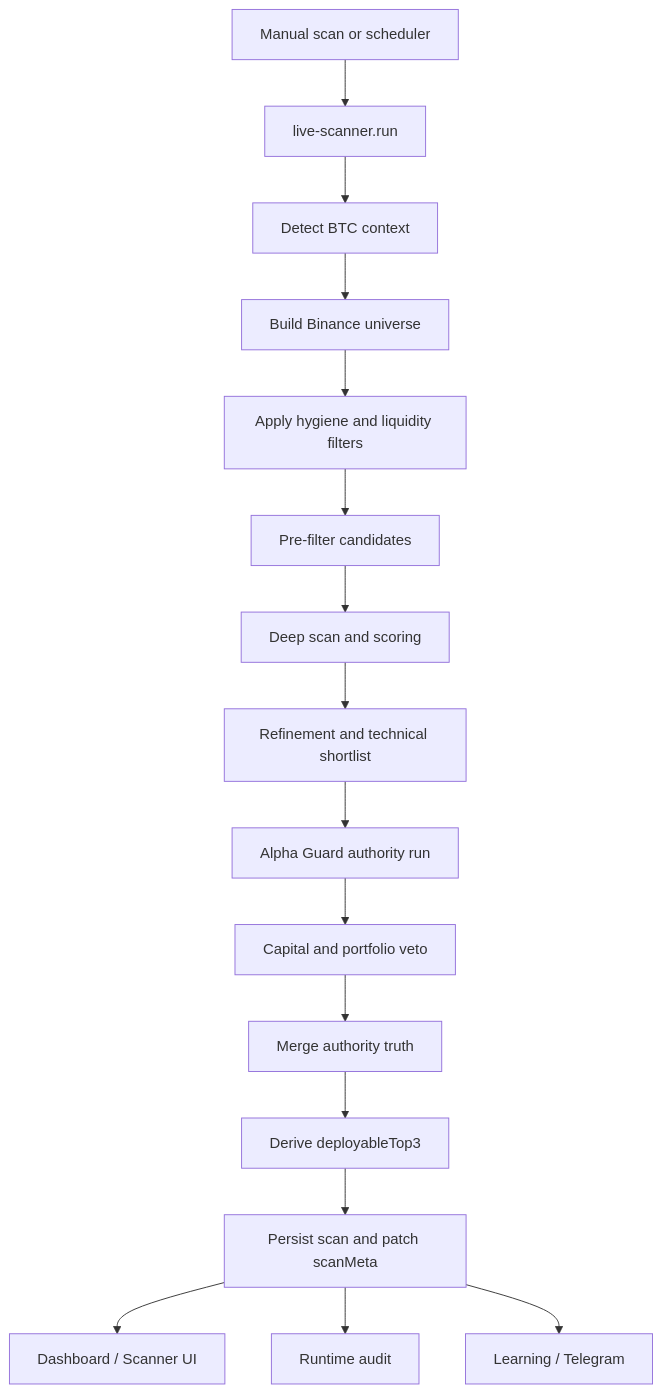
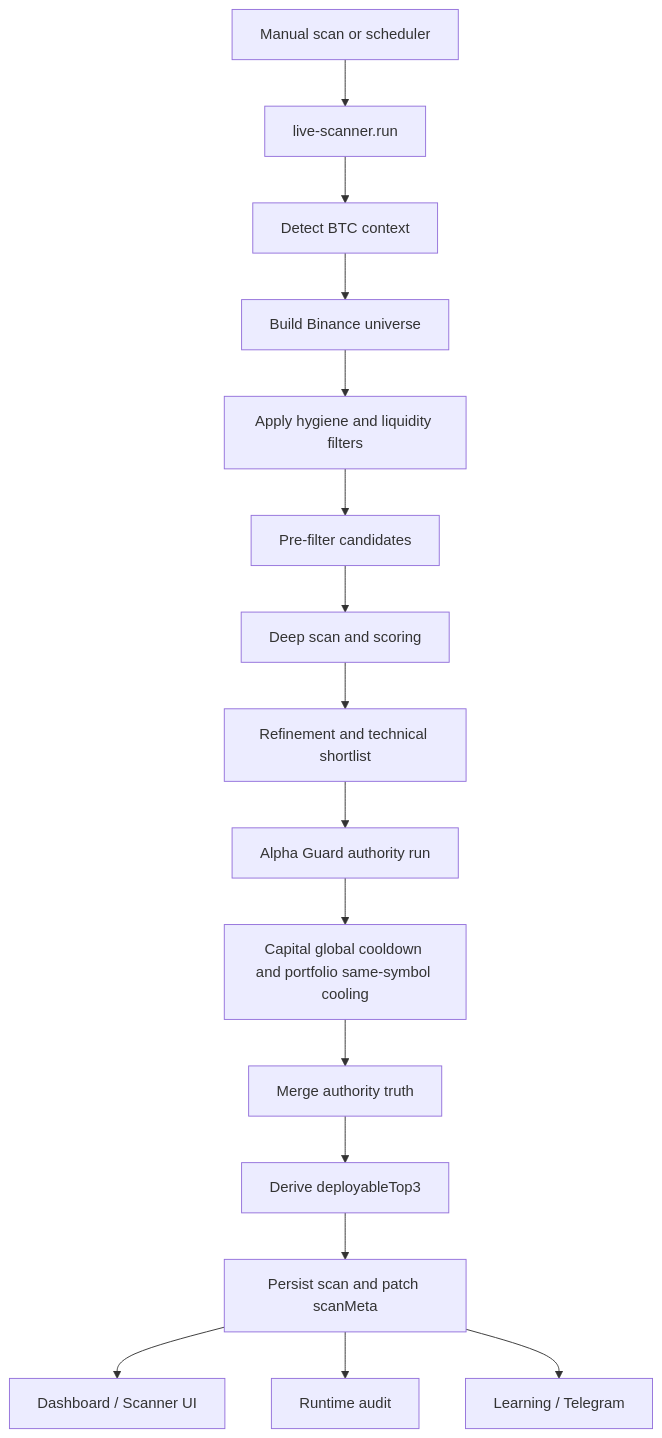
One commit to davidlukyvo/SystemTrader_Hybrid changed the second of 4 diagrams in docs/system-map.md. Above: the diagram before and after it, drawn with Mermaid. The commit also changed other lines of this file and 10 other files, not shown here.

````diff
--- a/docs/system-map.md
+++ b/docs/system-map.md
@@ -39,18 +39,18 @@
 ```mermaid
 flowchart TD
     A[Manual scan or scheduler] --> B[live-scanner.run]
     B --> C[Detect BTC context]
     C --> D[Build Binance universe]
     D --> E[Apply hygiene and liquidity filters]
     E --> F[Pre-filter candidates]
     F --> G[Deep scan and scoring]
     G --> H[Refinement and technical shortlist]
     H --> I[Alpha Guard authority run]
-    I --> J[Capital and portfolio veto]
+    I --> J[Capital global cooldown and portfolio same-symbol cooling]
     J --> K[Merge authority truth]
     K --> L[Derive deployableTop3]
     L --> M[Persist scan and patch scanMeta]
     M --> N[Dashboard / Scanner UI]
     M --> O[Runtime audit]
     M --> P[Learning / Telegram]
 ```
````
